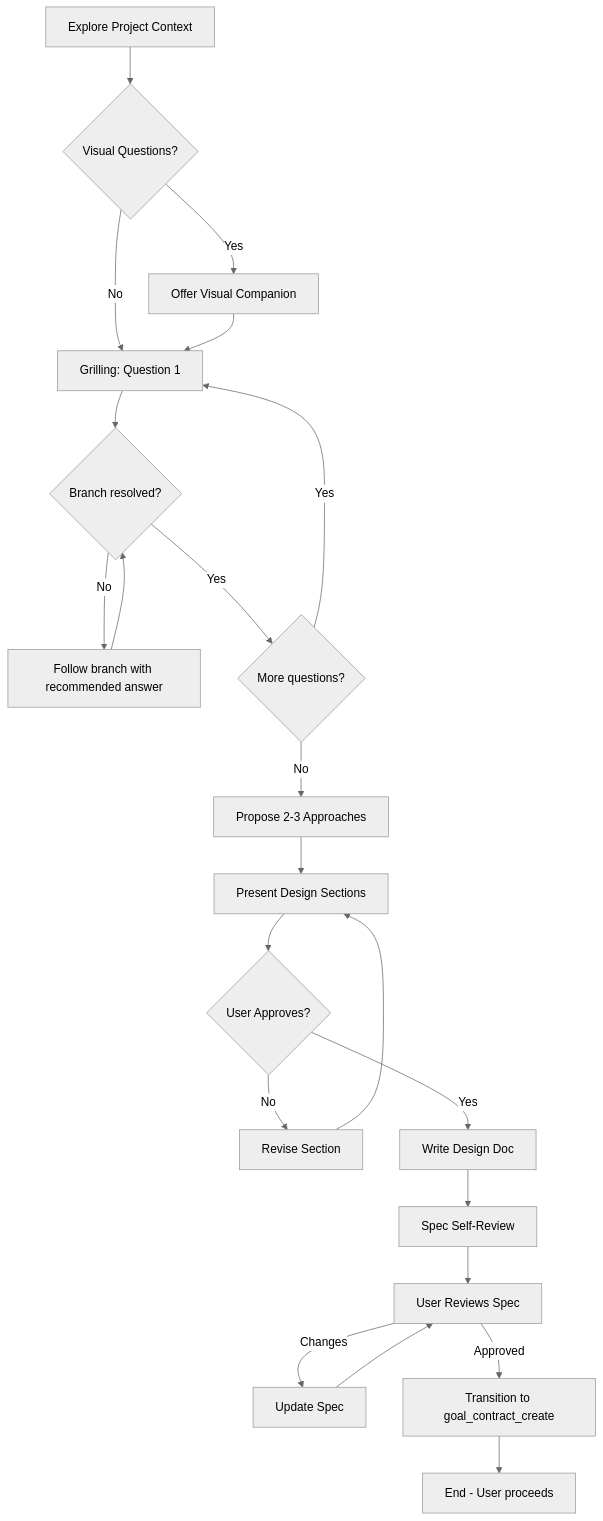
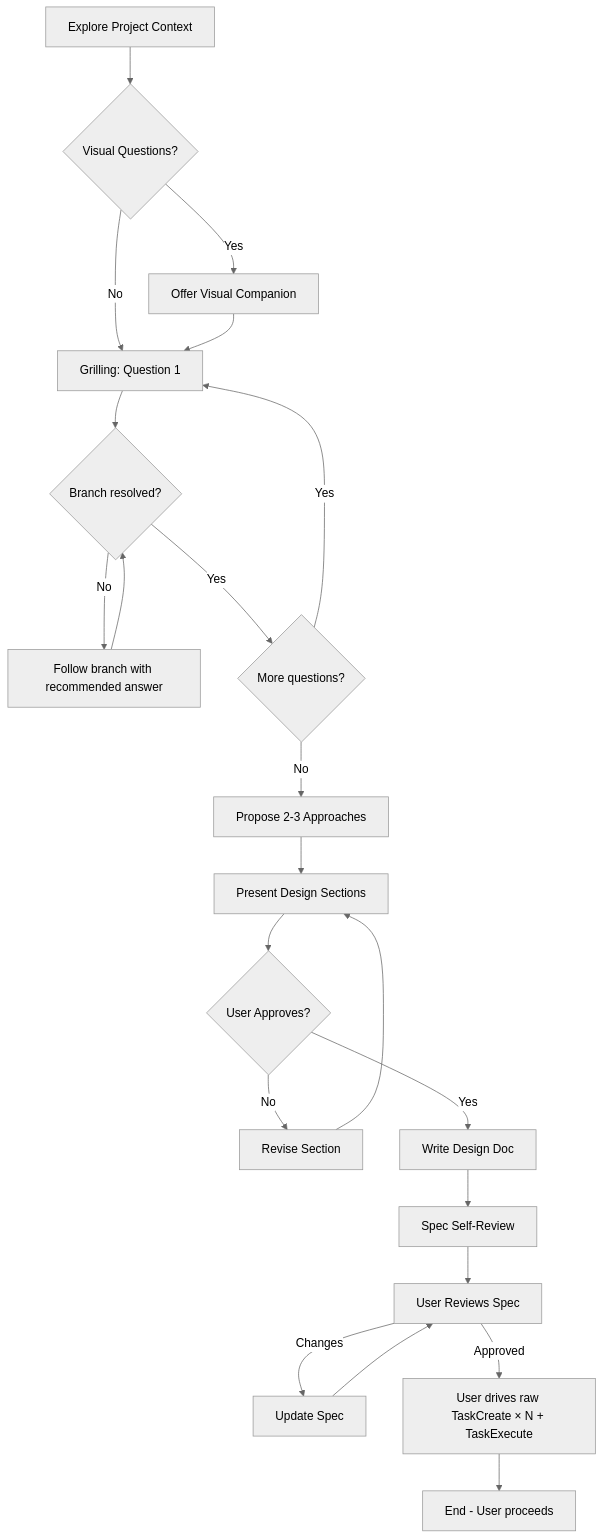
One commit to vanpipy/sages changed the diagram in pi-orchestrator/skills/brainstorming/SKILL.md. Above: the diagram before and after it, drawn with Mermaid (neutral theme). The commit also changed other lines of this file and 6 other files, not shown here.

````diff
--- a/pi-orchestrator/skills/brainstorming/SKILL.md
+++ b/pi-orchestrator/skills/brainstorming/SKILL.md
@@ -38,24 +38,24 @@
 ```mermaid
 flowchart TD
     A[Explore Project Context] --> B{Visual Questions?}
     B -->|Yes| C[Offer Visual Companion]
     B -->|No| D[Grilling: Question 1]
     C --> D
     D --> E{Branch resolved?}
     E -->|No| F[Follow branch with recommended answer]
     F --> E
     E -->|Yes| G{More questions?}
     G -->|Yes| D
     G -->|No| H[Propose 2-3 Approaches]
     H --> I[Present Design Sections]
     I --> J{User Approves?}
     J -->|No| K[Revise Section]
     K --> I
     J -->|Yes| L[Write Design Doc]
     L --> M[Spec Self-Review]
     M --> N[User Reviews Spec]
     N -->|Changes| O[Update Spec]
     O --> N
-    N -->|Approved| P[Transition to goal_contract_create]
+    N -->|Approved| P[User drives raw TaskCreate × N + TaskExecute]
     P --> Q[End - User proceeds]
 ```
````
